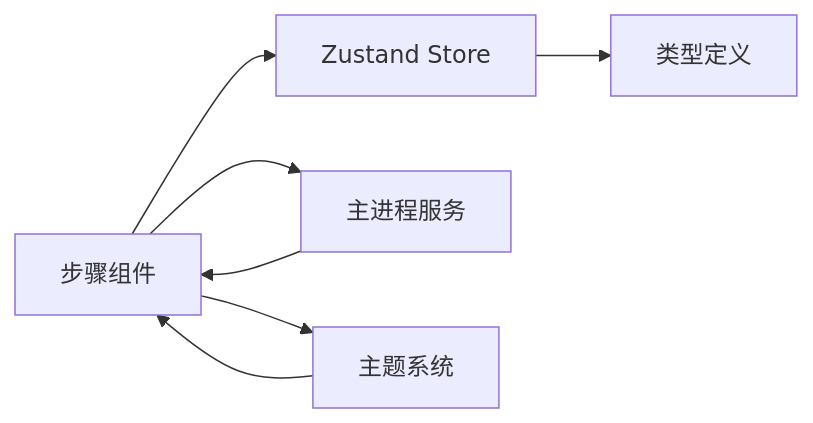
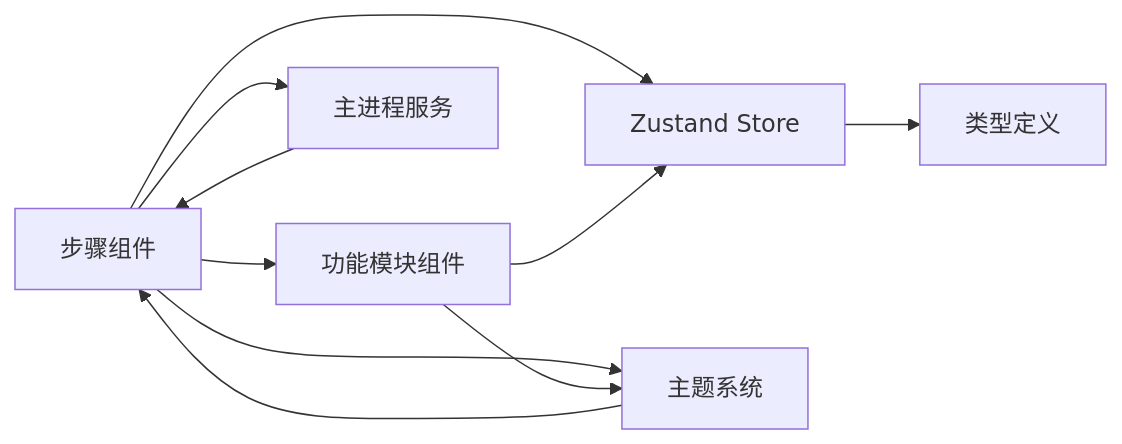
One commit to remgasuki/ReDoPhoto changed the eighth of 8 diagrams in .qoder/repowiki/zh/content/用户界面系统/用户界面系统.md. Above: the diagram before and after it, drawn with Mermaid. The commit also changed other lines of this file and 10 other files, not shown here.

````diff
--- a/.qoder/repowiki/zh/content/用户界面系统/用户界面系统.md
+++ b/.qoder/repowiki/zh/content/用户界面系统/用户界面系统.md
@@ -581,9 +753,12 @@
 ```mermaid
 flowchart LR
 UI["步骤组件"] --> ZS["Zustand Store"]
+UI --> FS["功能模块组件"]
+FS --> ZS
 ZS --> Types["类型定义"]
 UI --> MP["主进程服务"]
 MP --> UI
 UI --> Theme["主题系统"]
 Theme --> UI
+FS --> Theme
 ```
````
